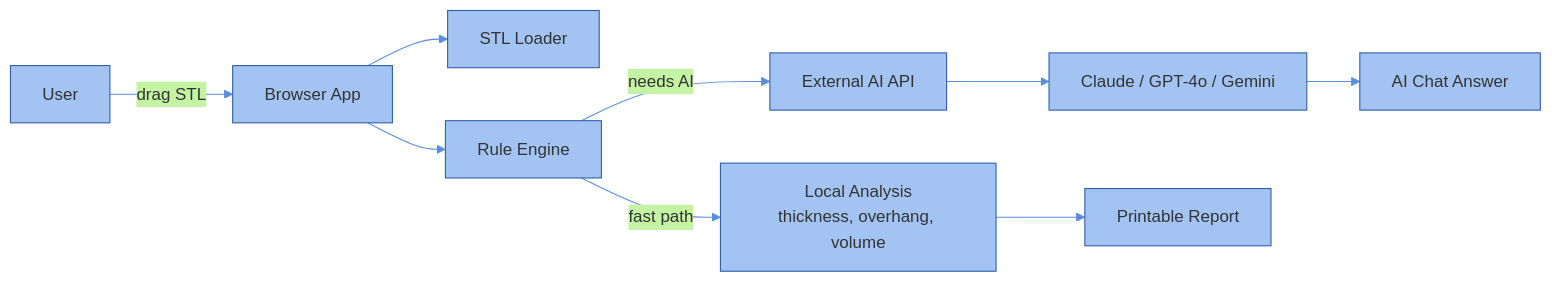
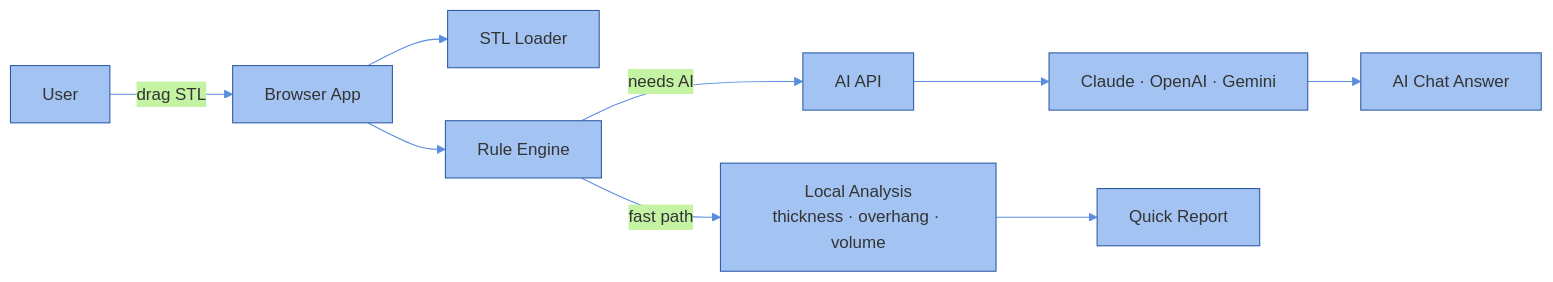
The diagram in README.md (BougieZoe/3DP-Agent-), drawn with Mermaid before and after one commit. The commit also changed other lines of this file, not shown here.

````diff
--- a/README.md
+++ b/README.md
@@ -32,12 +46,12 @@
 ```mermaid
 %%{init: {'theme': 'base', 'themeVariables': { 'primaryColor': '#a3c4f3', 'primaryBorderColor': '#2c5aa6', 'lineColor': '#5a8ddf'}}}%%
 flowchart LR
     User[User] -->|drag STL| Browser[Browser App]
     Browser --> STL[STL Loader]
     Browser --> Rules[Rule Engine]
-    Rules -->|fast path| Result[Local Analysis<br/>thickness, overhang, volume]
-    Rules -->|needs AI| AI[External AI API]
-    AI --> Claude[Claude / GPT-4o / Gemini]
-    Result --> Report[Printable Report]
-    Claude --> Chat[AI Chat Answer]
+    Rules -->|fast path| Result[Local Analysis<br/>thickness · overhang · volume]
+    Rules -->|needs AI| AI[AI API]
+    AI --> Models[Claude · OpenAI · Gemini]
+    Result --> Report[Quick Report]
+    Models --> Chat[AI Chat Answer]
 ```
````
